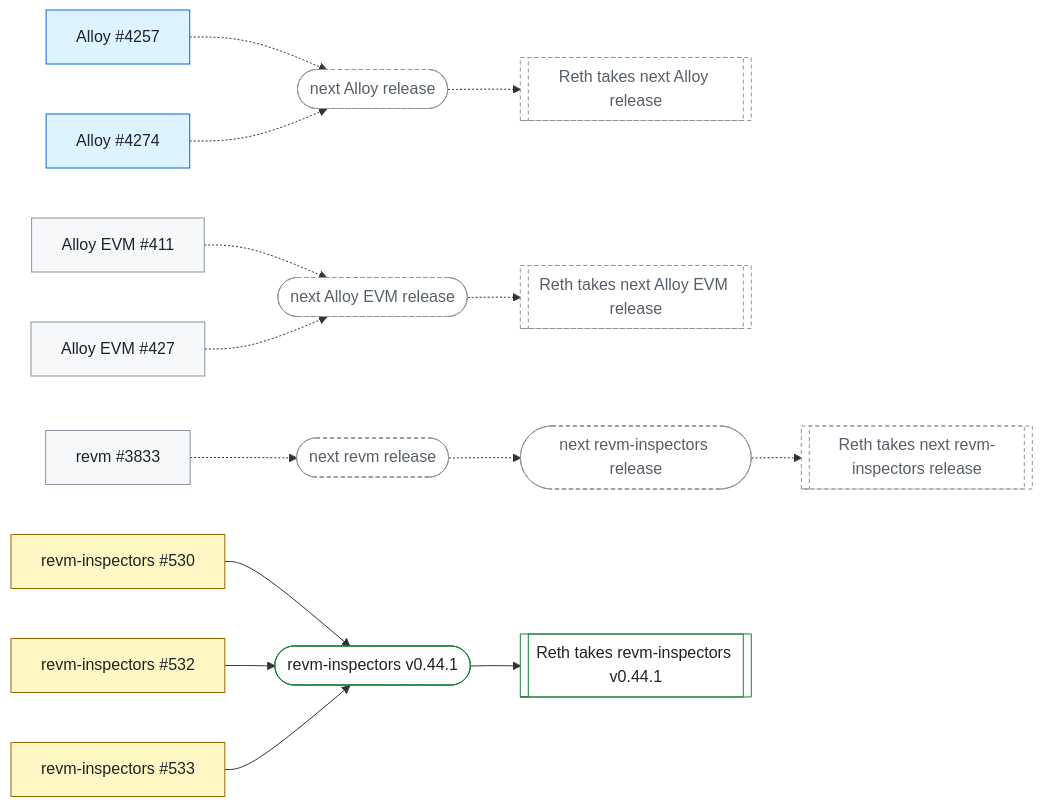
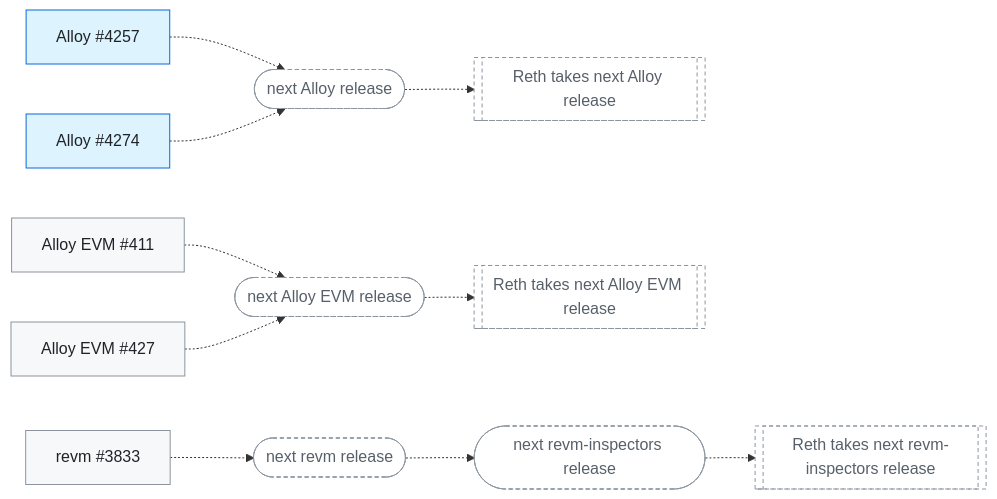
Before and after one commit to banteg/trace-interop: the third of 3 diagrams in docs/client-fixes.md, drawn with Mermaid. The commit also changed other lines of this file and 2391 other files, not shown here.

````diff
--- a/docs/client-fixes.md
+++ b/docs/client-fixes.md
@@ -162,38 +163,27 @@
 ```mermaid
 flowchart LR
   Alloy_4257["Alloy #4257"]:::merged
   next_Alloy_release(["next Alloy release"]):::pending
   Reth_takes_next_Alloy_release[["Reth takes next Alloy release"]]:::pending
   Alloy_4274["Alloy #4274"]:::merged
   Alloy_EVM_411["Alloy EVM #411"]:::open
   next_Alloy_EVM_release(["next Alloy EVM release"]):::pending
   Reth_takes_next_Alloy_EVM_release[["Reth takes next Alloy EVM release"]]:::pending
   Alloy_EVM_427["Alloy EVM #427"]:::open
   revm_3833["revm #3833"]:::open
   next_revm_release(["next revm release"]):::pending
   next_revm_inspectors_release(["next revm-inspectors release"]):::pending
   Reth_takes_next_revm_inspectors_release[["Reth takes next revm-inspectors release"]]:::pending
-  revm_inspectors_530["revm-inspectors #530"]:::in_client
-  revm_inspectors_v0_44_1(["revm-inspectors v0.44.1"]):::done
-  Reth_takes_revm_inspectors_v0_44_1[["Reth takes revm-inspectors v0.44.1"]]:::done
-  revm_inspectors_532["revm-inspectors #532"]:::in_client
-  revm_inspectors_533["revm-inspectors #533"]:::in_client
   Alloy_4257 -.-> next_Alloy_release
   next_Alloy_release -.-> Reth_takes_next_Alloy_release
   Alloy_4274 -.-> next_Alloy_release
   Alloy_EVM_411 -.-> next_Alloy_EVM_release
   next_Alloy_EVM_release -.-> Reth_takes_next_Alloy_EVM_release
   Alloy_EVM_427 -.-> next_Alloy_EVM_release
   revm_3833 -.-> next_revm_release
   next_revm_release -.-> next_revm_inspectors_release
   next_revm_inspectors_release -.-> Reth_takes_next_revm_inspectors_release
-  revm_inspectors_530 --> revm_inspectors_v0_44_1
-  revm_inspectors_v0_44_1 --> Reth_takes_revm_inspectors_v0_44_1
-  revm_inspectors_532 --> revm_inspectors_v0_44_1
-  revm_inspectors_533 --> revm_inspectors_v0_44_1
   classDef open fill:#f6f8fa,stroke:#8c959f,color:#1f2328
   classDef merged fill:#ddf4ff,stroke:#0969da,color:#1f2328
-  classDef in_client fill:#fff8c5,stroke:#9a6700,color:#1f2328
-  classDef done fill:#ffffff,stroke:#1a7f37,color:#1f2328
   classDef pending fill:#ffffff,stroke:#8c959f,stroke-dasharray:4 3,color:#57606a
 ```
````
